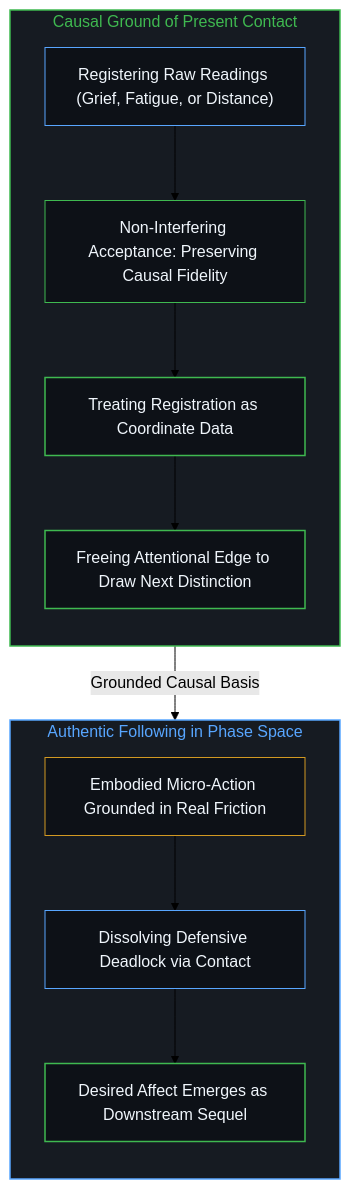
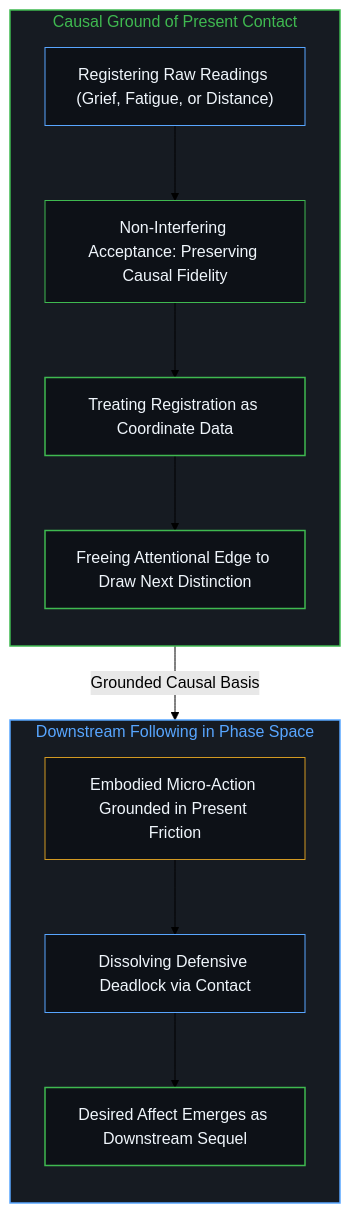
Before and after one commit to powerpig99/not-a-toe: the fourth of 6 diagrams in content/posts/present-contact-and-the-obscuration-of-desired-feeling.md, drawn with Mermaid (forest theme). The commit also changed other lines of this file and 2 other files, not shown here.

Commit message:
Consolidate Deep Sleep Batch 11: present-contact-and-the-obscuration-of-desired-feeling, agents_leia_ontological_clarity, the_moving_ground

````diff
--- a/content/posts/present-contact-and-the-obscuration-of-desired-feeling.md
+++ b/content/posts/present-contact-and-the-obscuration-of-desired-feeling.md
@@ -109,27 +100,24 @@
 ```mermaid
 graph TD
     subgraph S_Contact_EN ["Causal Ground of Present Contact"]
         direction TB
         CE_Raw["Registering Raw Readings (Grief, Fatigue, or Distance)"] --> CE_Discipline["Non-Interfering Acceptance: Preserving Causal Fidelity"]
         CE_Discipline --> CE_Data["Treating Registration as Coordinate Data"]
         CE_Data --> CE_Open["Freeing Attentional Edge to Draw Next Distinction"]
     end
-
-    subgraph S_Following_EN ["Authentic Following in Phase Space"]
+    subgraph S_Following_EN ["Downstream Following in Phase Space"]
         direction TB
-        FE_Friction["Embodied Micro-Action Grounded in Real Friction"] --> FE_Resonance["Dissolving Defensive Deadlock via Contact"]
+        FE_Friction["Embodied Micro-Action Grounded in Present Friction"] --> FE_Resonance["Dissolving Defensive Deadlock via Contact"]
         FE_Resonance --> FE_Emergence["Desired Affect Emerges as Downstream Sequel"]
     end
-
     CE_Open -->|"Grounded Causal Basis"| FE_Friction
-
     style S_Contact_EN fill:#161b22,stroke:#3fb950,stroke-width:1.5px,color:#3fb950
     style S_Following_EN fill:#161b22,stroke:#58a6ff,stroke-width:1.5px,color:#58a6ff
     style CE_Raw fill:#0d1117,stroke:#58a6ff,stroke-width:1px,color:#f0f6fc
     style CE_Discipline fill:#0d1117,stroke:#3fb950,stroke-width:1px,color:#f0f6fc
     style CE_Data fill:#0d1117,stroke:#3fb950,stroke-width:1.5px,color:#f0f6fc
     style CE_Open fill:#0d1117,stroke:#3fb950,stroke-width:1.5px,color:#f0f6fc
     style FE_Friction fill:#0d1117,stroke:#d29922,stroke-width:1px,color:#f0f6fc
     style FE_Resonance fill:#0d1117,stroke:#58a6ff,stroke-width:1px,color:#f0f6fc
     style FE_Emergence fill:#0d1117,stroke:#3fb950,stroke-width:1.5px,color:#f0f6fc
 ```
````
